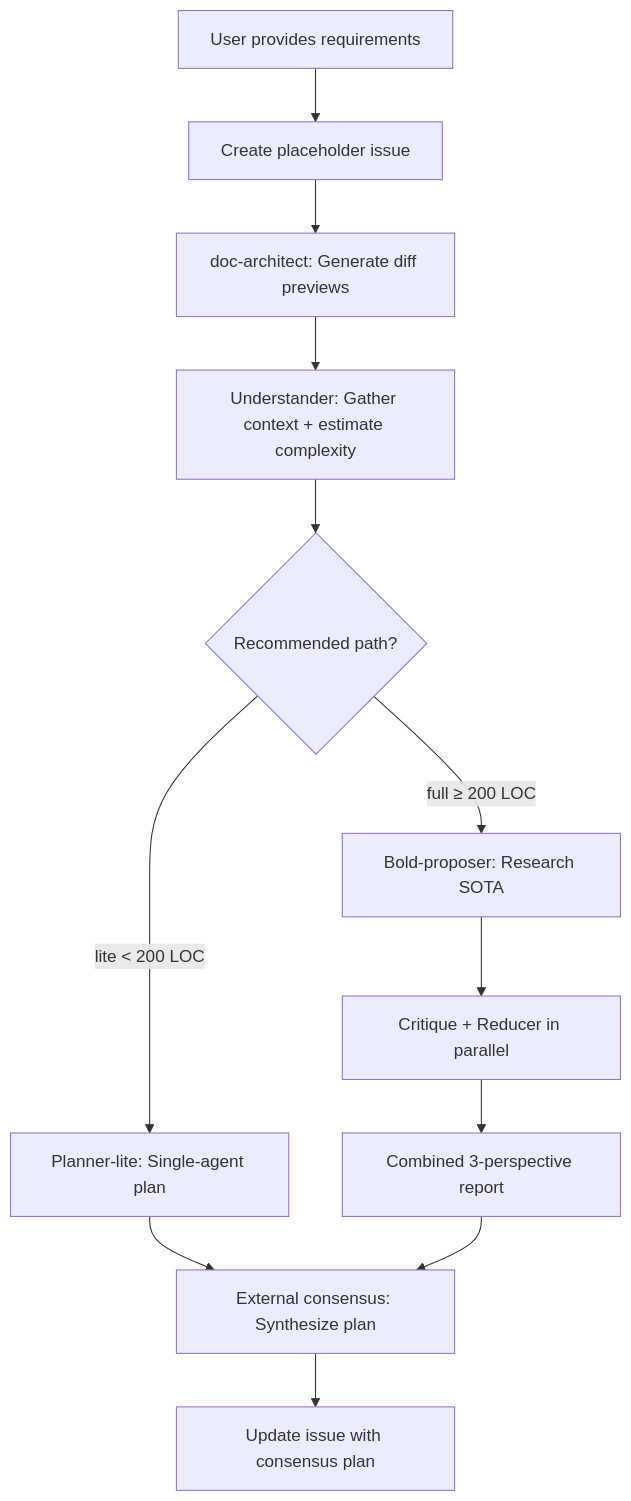
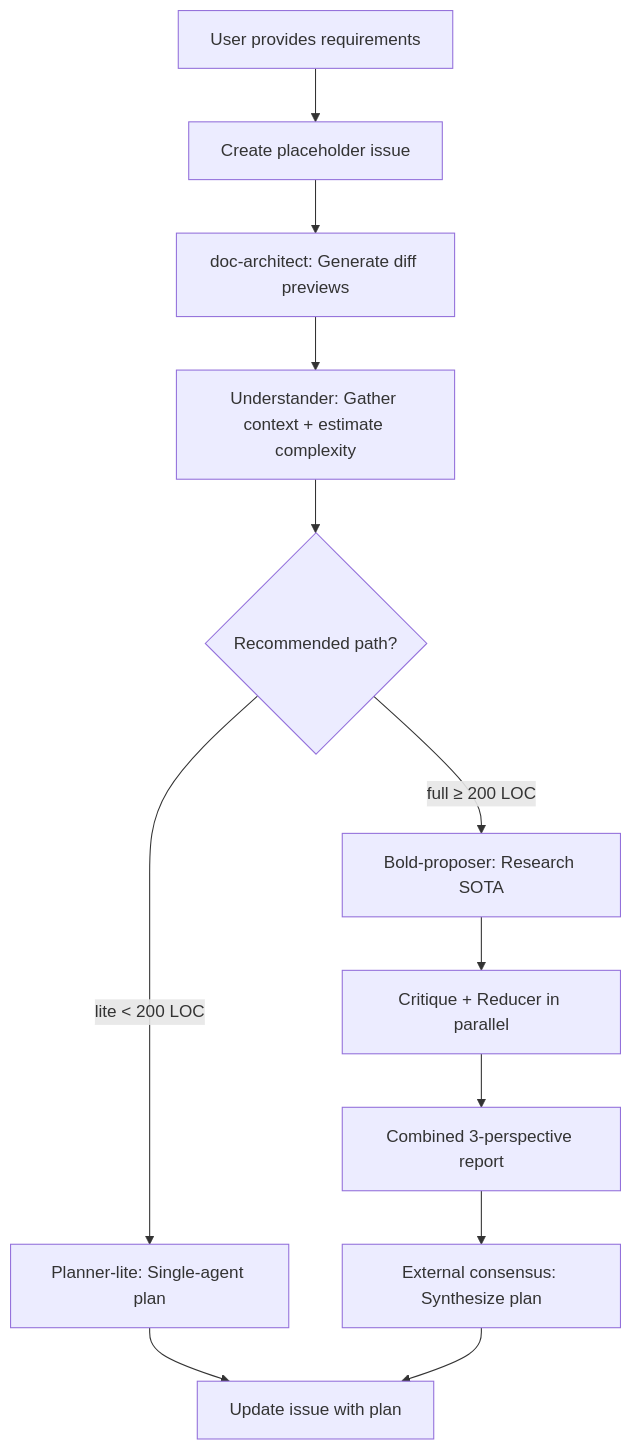
One commit to Synthesys-Lab/agentize changed the second of 2 diagrams in docs/feat/core/ultra-planner.md. Above: the diagram before and after it, drawn with Mermaid. The commit also changed other lines of this file and 3 other files, not shown here.

````diff
--- a/docs/feat/core/ultra-planner.md
+++ b/docs/feat/core/ultra-planner.md
@@ -57,14 +57,14 @@
 ```mermaid
 graph TD
     A[User provides requirements] --> B[Create placeholder issue]
     B --> B2[doc-architect: Generate diff previews]
     B2 --> U[Understander: Gather context + estimate complexity]
     U --> R{Recommended path?}
     R -->|lite < 200 LOC| L[Planner-lite: Single-agent plan]
     R -->|full ≥ 200 LOC| C[Bold-proposer: Research SOTA]
     C --> D[Critique + Reducer in parallel]
     D --> F[Combined 3-perspective report]
-    L --> G
+    L --> H[Update issue with plan]
     F --> G[External consensus: Synthesize plan]
-    G --> H[Update issue with consensus plan]
+    G --> H
 ```
````
